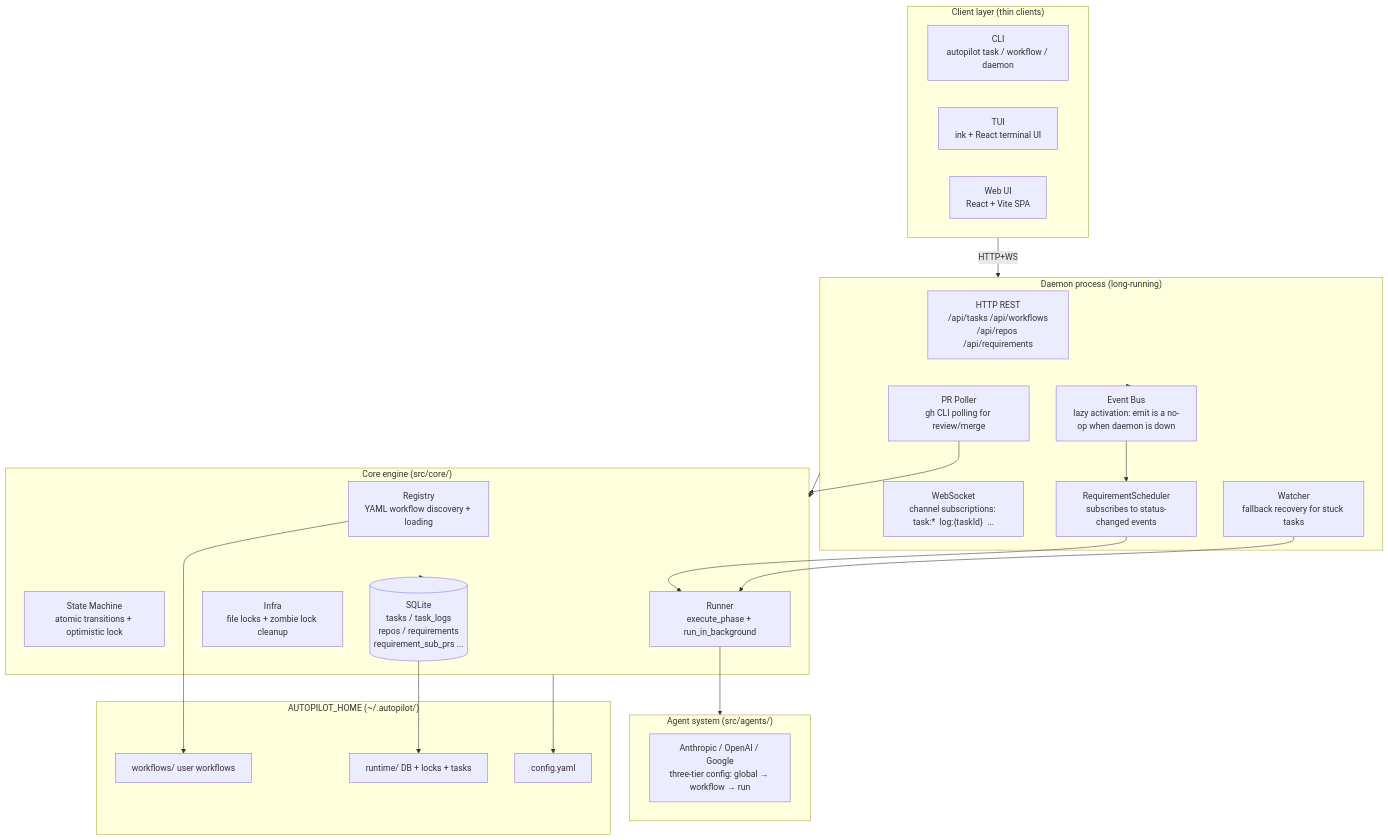
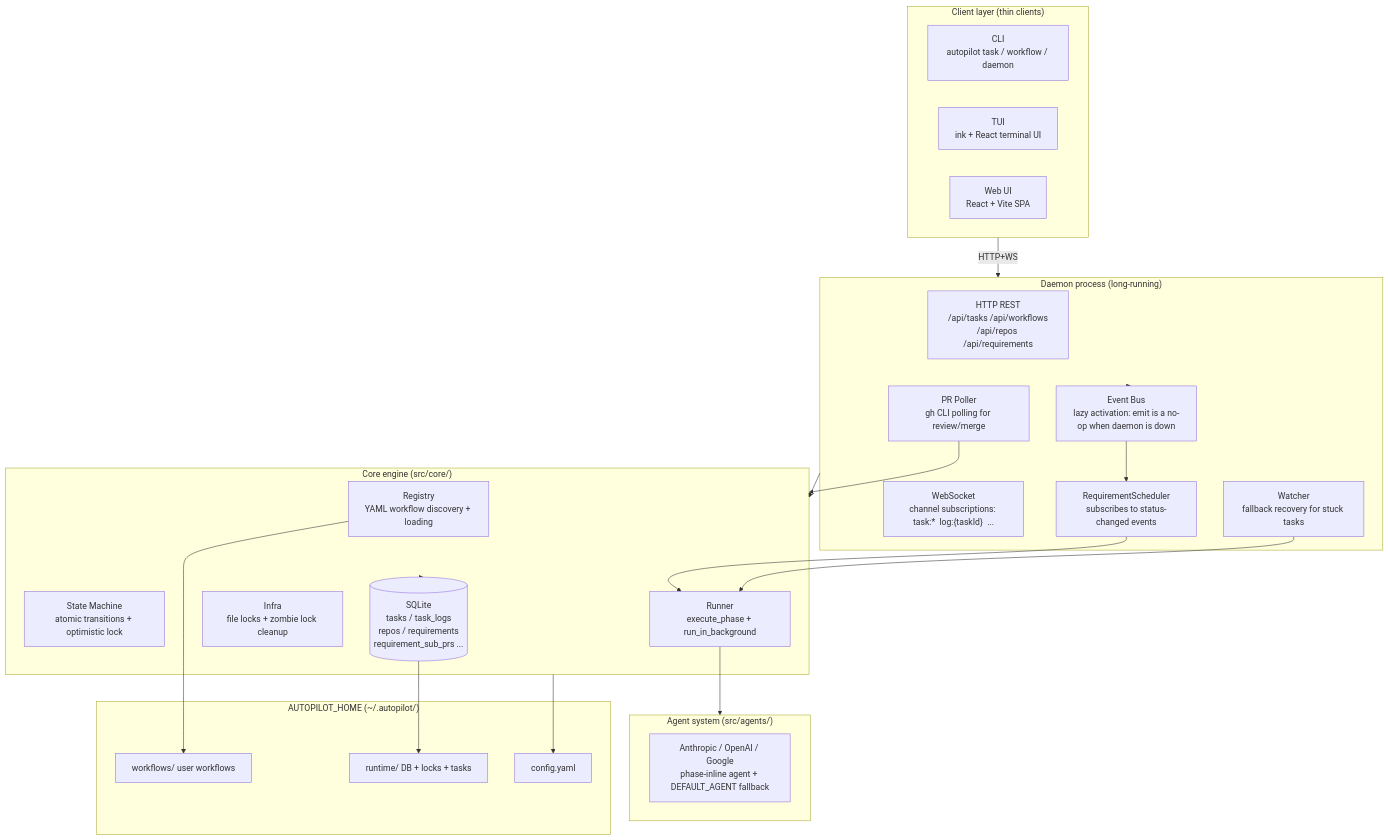
Before and after one commit to larrygogo/autopilot: the first of 2 diagrams in docs/en/architecture.md, drawn with Mermaid. The commit also changed other lines of this file and 6 other files, not shown here.

First line of the commit message:
docs(agent): Phase 5 — 文档同步 phase 内联 agent 模型

````diff
--- a/docs/en/architecture.md
+++ b/docs/en/architecture.md
@@ -13,48 +13,48 @@
 ```mermaid
 graph TB
     subgraph Clients["Client layer (thin clients)"]
       CLI["CLI<br/>autopilot task / workflow / daemon"]
       TUI["TUI<br/>ink + React terminal UI"]
       WEB["Web UI<br/>React + Vite SPA"]
     end
 
     subgraph Daemon["Daemon process (long-running)"]
       HTTP["HTTP REST<br/>/api/tasks /api/workflows<br/>/api/repos /api/requirements"]
       WS["WebSocket<br/>channel subscriptions: task:*  log:{taskId}  ..."]
       EB["Event Bus<br/>lazy activation: emit is a no-op when daemon is down"]
       RS["RequirementScheduler<br/>subscribes to status-changed events"]
       PRP["PR Poller<br/>gh CLI polling for review/merge"]
       WCH["Watcher<br/>fallback recovery for stuck tasks"]
     end
 
     subgraph Core["Core engine (src/core/)"]
       Registry["Registry<br/>YAML workflow discovery + loading"]
       SM["State Machine<br/>atomic transitions + optimistic lock"]
       Runner["Runner<br/>execute_phase + run_in_background"]
       Infra["Infra<br/>file locks + zombie lock cleanup"]
       DB[("SQLite<br/>tasks / task_logs<br/>repos / requirements<br/>requirement_sub_prs ...")]
     end
 
     subgraph Agents["Agent system (src/agents/)"]
-      AG["Anthropic / OpenAI / Google<br/>three-tier config: global → workflow → run"]
+      AG["Anthropic / OpenAI / Google<br/>phase-inline agent + DEFAULT_AGENT fallback"]
     end
 
     subgraph Home["AUTOPILOT_HOME (~/.autopilot/)"]
       WF["workflows/ user workflows"]
       RT["runtime/ DB + locks + tasks"]
       CFG["config.yaml"]
     end
 
     Clients -->|HTTP+WS| Daemon
     Daemon --> Core
     Runner --> Agents
     Core --> DB
     Daemon --> EB
     EB --> RS
     RS --> Runner
     PRP --> Core
     WCH --> Runner
     Registry --> WF
     DB --> RT
     Core --> CFG
 ```
````
